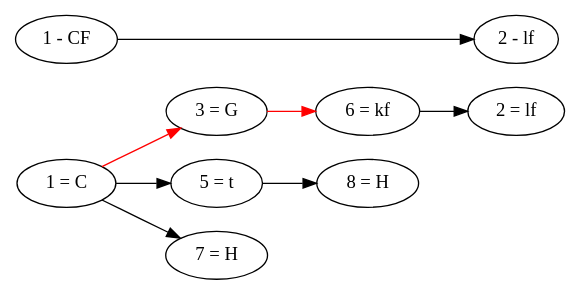
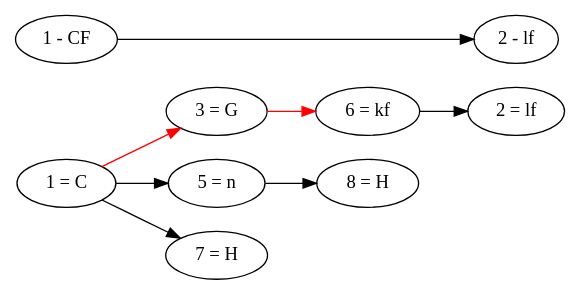
Before and after one commit to nossidge/zelda: the diagram in data/grammar/rules/final_chain_02.dot, drawn with Graphviz. The commit also changed 6 other files, not shown here.

```diff
--- a/data/grammar/rules/final_chain_02.dot
+++ b/data/grammar/rules/final_chain_02.dot
@@ -1,28 +1,28 @@
 digraph final_chain_02 {
 
 
   # Weirdly, if you specify horizontal direction, you
   #   have to put the new nodes before the old nodes.
   rankdir="LR";
 
 
   # New node relations.
   "1 = C"  -> "3 = G"  [color = red]
   "3 = G"  -> "6 = kf" [color = red]
-  "1 = C"  -> "5 = t"
+  "1 = C"  -> "5 = n"
   "1 = C"  -> "7 = H"
-  "5 = t"  -> "8 = H"
+  "5 = n"  -> "8 = H"
   "6 = kf" -> "2 = lf"
 
 
   # Old node relations.
   "1 - CF" -> "2 - lf"
 
 
   # Just a visual thing.
   # Make the nodes with the same ID show in the same position.
   { rank=same; "1 - CF"; "1 = C"; }
   { rank=same; "2 - lf"; "2 = lf"; }
 
 
 }
```
